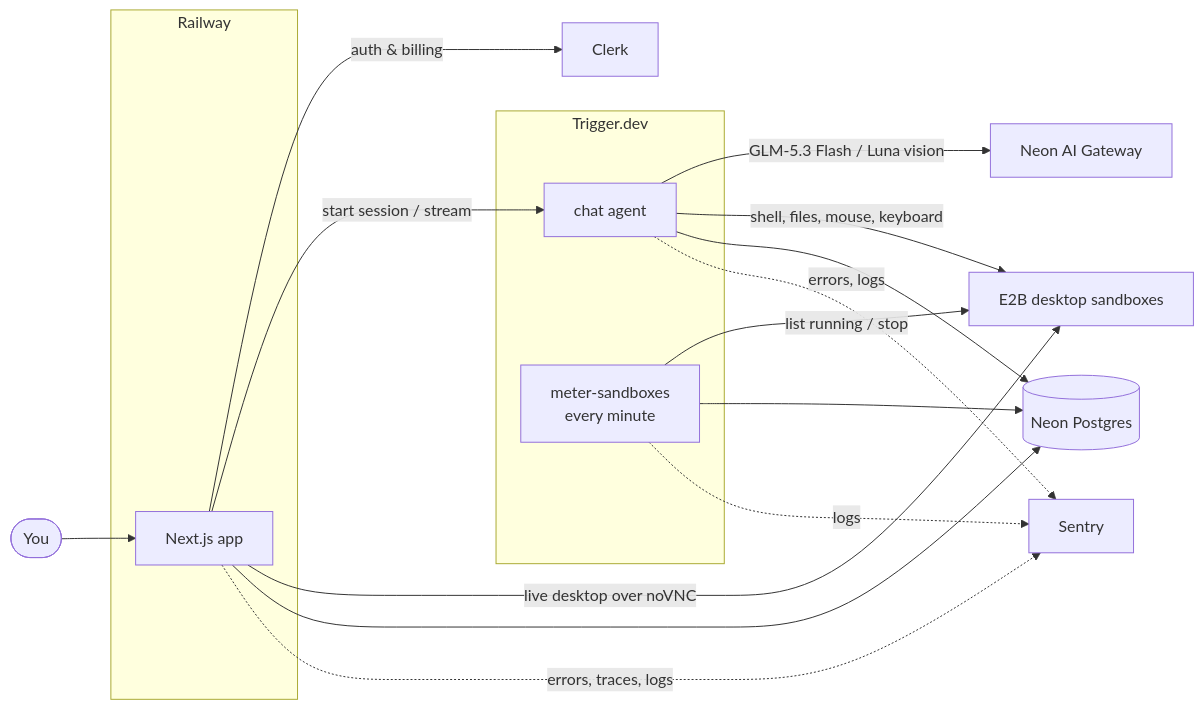
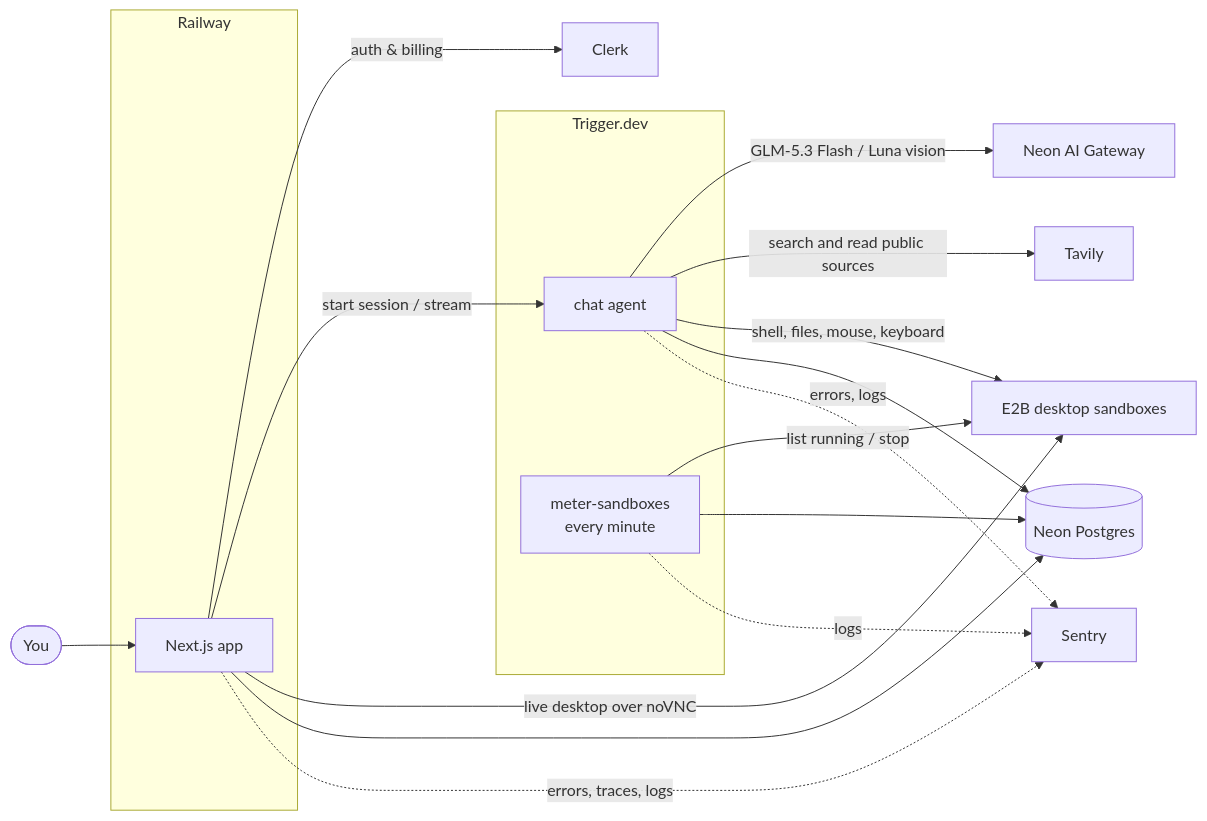
Before and after one commit to drewsephski/ai-teammates: the diagram in README.md, drawn with Mermaid. The commit also changed other lines of this file and 10 other files, not shown here.

````diff
--- a/README.md
+++ b/README.md
@@ -61,29 +63,30 @@
 ```mermaid
 flowchart LR
     U([You]) --> APP
 
     subgraph Railway
         APP[Next.js app]
     end
 
     APP -- auth & billing --> CLERK[Clerk]
     APP -- start session / stream --> AGENT
 
     subgraph Trigger.dev
         AGENT[chat agent]
         METER[meter-sandboxes<br/>every minute]
     end
 
     AGENT -- GLM-5.3 Flash / Luna vision --> GATEWAY[Neon AI Gateway]
+    AGENT -- search and read public sources --> WEB[Tavily]
     AGENT -- shell, files, mouse, keyboard --> SANDBOX[E2B desktop sandboxes]
     APP -- live desktop over noVNC --> SANDBOX
     METER -- list running / stop --> SANDBOX
 
     APP --> DB[(Neon Postgres)]
     AGENT --> DB
     METER --> DB
 
     APP -. errors, traces, logs .-> SENTRY[Sentry]
     AGENT -. errors, logs .-> SENTRY
     METER -. logs .-> SENTRY
 ```
````
